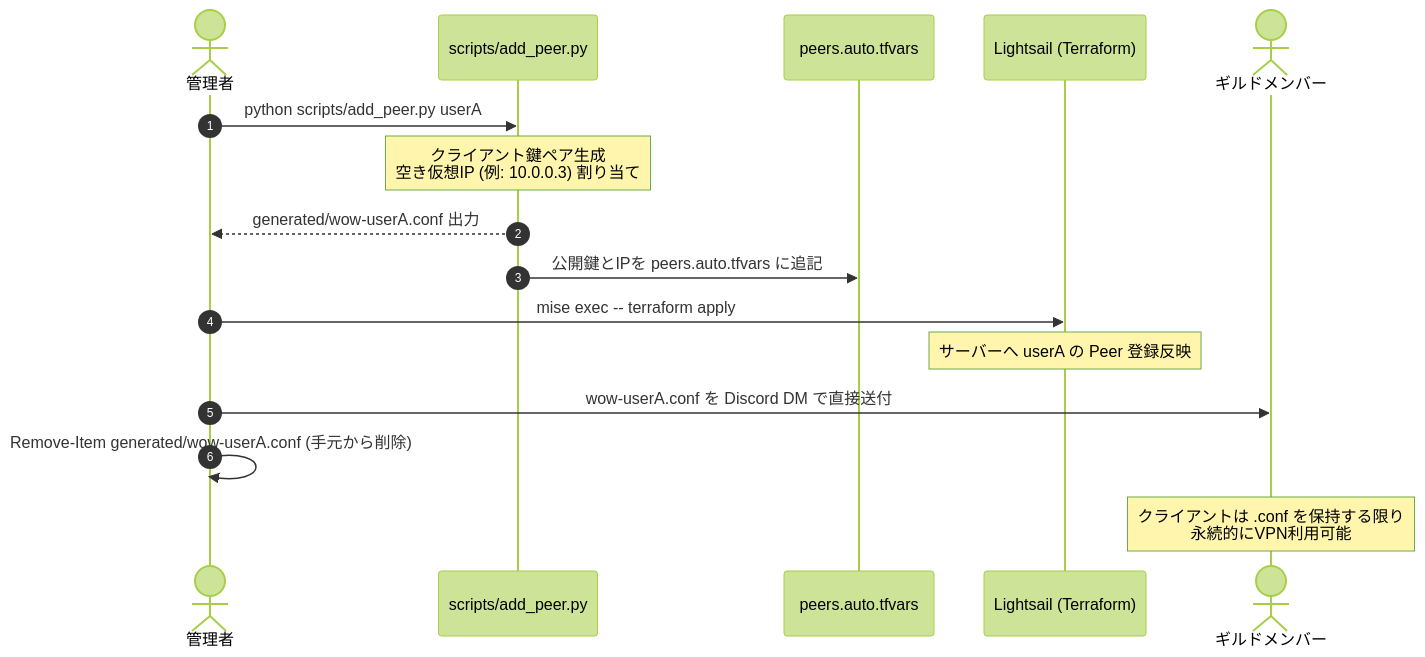
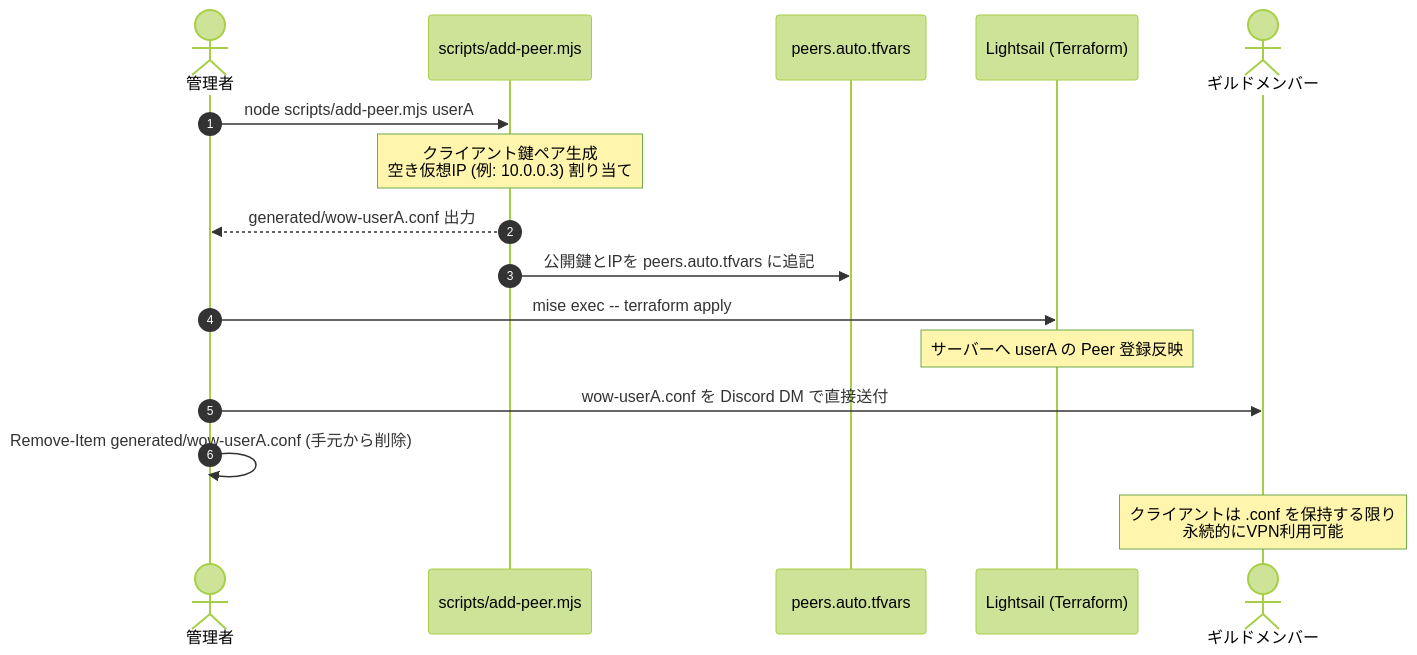
The diagram in DEPLOY.md (utriage/wow-private-vpn), drawn with Mermaid (forest theme) before and after one commit. The commit also changed other lines of this file and 8 other files, not shown here.

Commit message:
refactor: replace all Python scripts with Node.js (.mjs) in accordance with Windows programming principles

````diff
--- a/DEPLOY.md
+++ b/DEPLOY.md
@@ -94,19 +94,19 @@
 ```mermaid
 sequenceDiagram
     autonumber
     actor Admin as 管理者
-    participant Tool as scripts/add_peer.py
+    participant Tool as scripts/add-peer.mjs
     participant Git as peers.auto.tfvars
     participant AWS as Lightsail (Terraform)
     actor Member as ギルドメンバー
 
-    Admin->>Tool: python scripts/add_peer.py userA
+    Admin->>Tool: node scripts/add-peer.mjs userA
     Note over Tool: クライアント鍵ペア生成<br/>空き仮想IP (例: 10.0.0.3) 割り当て
     Tool-->>Admin: generated/wow-userA.conf 出力
     Tool->>Git: 公開鍵とIPを peers.auto.tfvars に追記
     Admin->>AWS: mise exec -- terraform apply
     Note over AWS: サーバーへ userA の Peer 登録反映
     Admin->>Member: wow-userA.conf を Discord DM で直接送付
     Admin->>Admin: Remove-Item generated/wow-userA.conf (手元から削除)
     Note over Member: クライアントは .conf を保持する限り<br/>永続的にVPN利用可能
 ```
````
